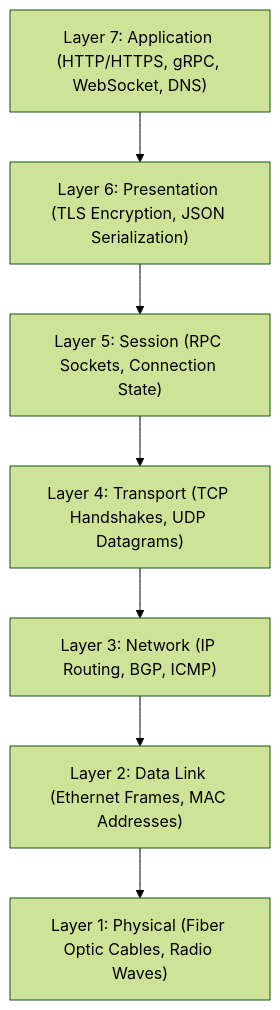
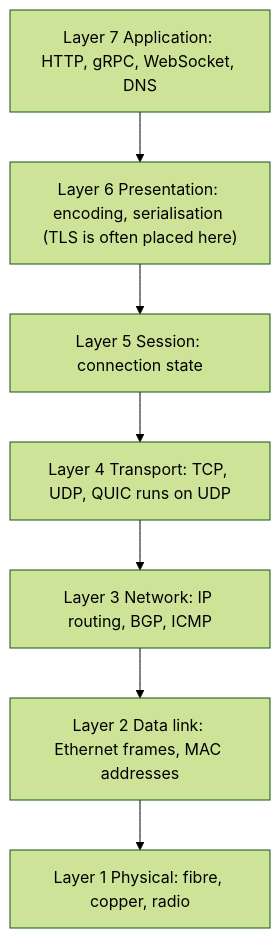
Diagram 12 of 42 in README.md (TheLearningHubOrg/learn-system-design), drawn with Mermaid (forest theme) before and after one commit. The commit also changed other lines of this file and 37 other files, not shown here.

````diff
--- a/README.md
+++ b/README.md
@@ -183,9 +996,9 @@
 ```mermaid
 flowchart TD
-    L7["Layer 7: Application (HTTP/HTTPS, gRPC, WebSocket, DNS)"] --> L6["Layer 6: Presentation (TLS Encryption, JSON Serialization)"]
-    L6 --> L5["Layer 5: Session (RPC Sockets, Connection State)"]
-    L5 --> L4["Layer 4: Transport (TCP Handshakes, UDP Datagrams)"]
-    L4 --> L3["Layer 3: Network (IP Routing, BGP, ICMP)"]
-    L3 --> L2["Layer 2: Data Link (Ethernet Frames, MAC Addresses)"]
-    L2 --> L1["Layer 1: Physical (Fiber Optic Cables, Radio Waves)"]
+    L7["Layer 7 Application: HTTP, gRPC, WebSocket, DNS"] --> L6["Layer 6 Presentation: encoding, serialisation (TLS is often placed here)"]
+    L6 --> L5["Layer 5 Session: connection state"]
+    L5 --> L4["Layer 4 Transport: TCP, UDP, QUIC runs on UDP"]
+    L4 --> L3["Layer 3 Network: IP routing, BGP, ICMP"]
+    L3 --> L2["Layer 2 Data link: Ethernet frames, MAC addresses"]
+    L2 --> L1["Layer 1 Physical: fibre, copper, radio"]
 ```
````
